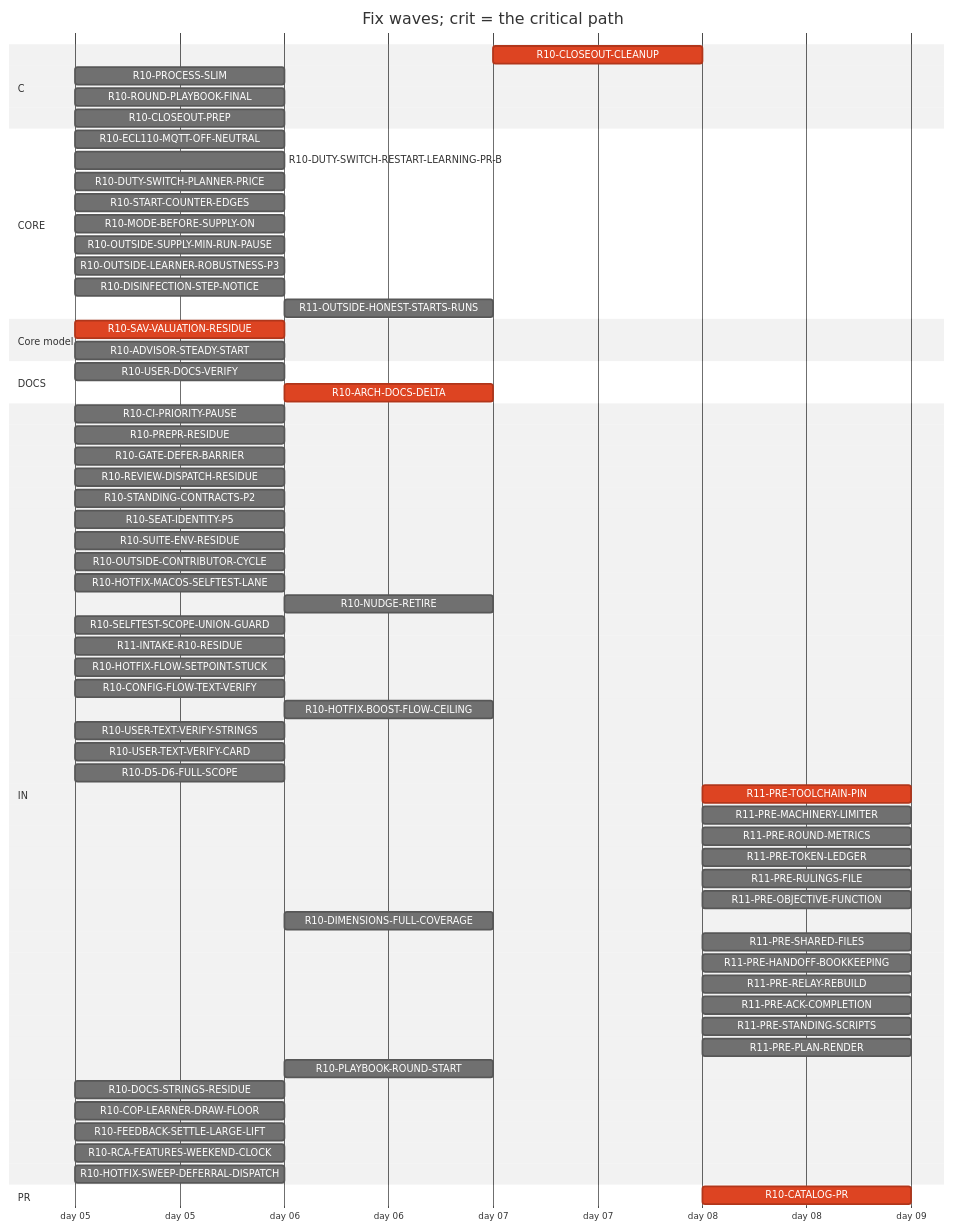
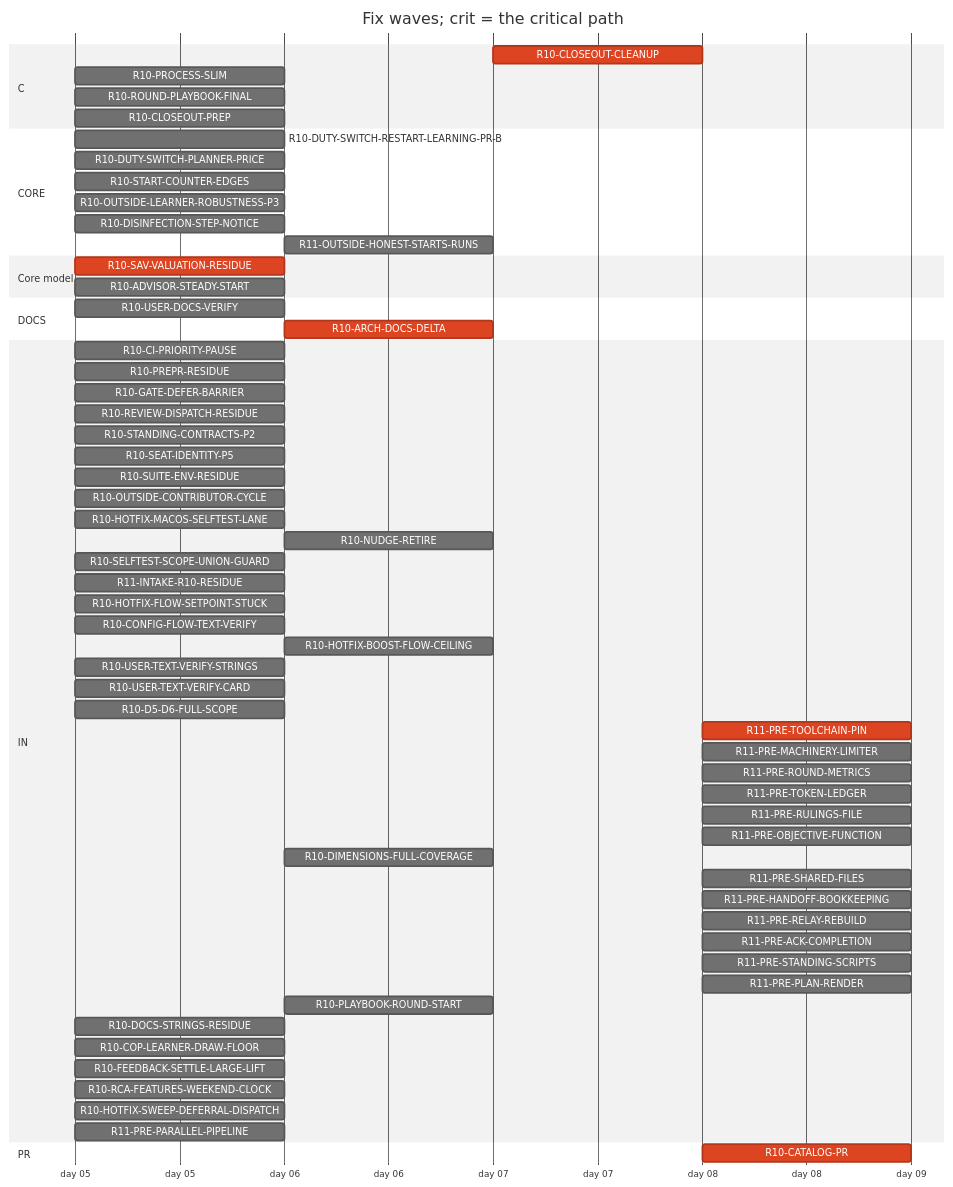
Before and after one commit to tvofi/heatpump_optimizer: the diagram in handoff/round10/state/PLAN-TABLE.md, drawn with Mermaid (neutral theme). The commit also changed other lines of this file and 4 other files, not shown here.

Commit message:
state: FLOW-BOARD.md, NEXT-SESSION-PROMPT.md, PLAN-TABLE.md, PLAN.html, RESUME-CURRENT.md regenerated (state_docs.py)

````diff
--- a/handoff/round10/state/PLAN-TABLE.md
+++ b/handoff/round10/state/PLAN-TABLE.md
@@ -19,67 +19,65 @@
 ```mermaid
 gantt
   title Fix waves; crit = the critical path
   dateFormat YYYY-MM-DD
   axisFormat day %d
   section C
     R10-CLOSEOUT-CLEANUP :crit, r10CLOSEOUTCLEANUP, after r10USERDOCSVERIFY r10CLOSEOUTPREP r10ARCHDOCSDELTA, 1d
     R10-PROCESS-SLIM :r10PROCESSSLIM, 2026-01-05, 1d
     R10-ROUND-PLAYBOOK-FINAL :r10ROUNDPLAYBOOKFINAL, 2026-01-05, 1d
     R10-CLOSEOUT-PREP :r10CLOSEOUTPREP, 2026-01-05, 1d
   section CORE
-    R10-ECL110-MQTT-OFF-NEUTRAL :r10ECL110MQTTOFFNEUTRAL, 2026-01-05, 1d
     R10-DUTY-SWITCH-RESTART-LEARNING-PR-B :r10DUTYSWITCHRESTARTLEARNINGPRB, 2026-01-05, 1d
     R10-DUTY-SWITCH-PLANNER-PRICE :r10DUTYSWITCHPLANNERPRICE, 2026-01-05, 1d
     R10-START-COUNTER-EDGES :r10STARTCOUNTEREDGES, 2026-01-05, 1d
-    R10-MODE-BEFORE-SUPPLY-ON :r10MODEBEFORESUPPLYON, 2026-01-05, 1d
-    R10-OUTSIDE-SUPPLY-MIN-RUN-PAUSE :r10OUTSIDESUPPLYMINRUNPAUSE, 2026-01-05, 1d
     R10-OUTSIDE-LEARNER-ROBUSTNESS-P3 :r10OUTSIDELEARNERROBUSTNESSP3, 2026-01-05, 1d
     R10-DISINFECTION-STEP-NOTICE :r10DISINFECTIONSTEPNOTICE, 2026-01-05, 1d
-    R11-OUTSIDE-HONEST-STARTS-RUNS :r11OUTSIDEHONESTSTARTSRUNS, after r10DUTYSWITCHPLANNERPRICE r10OUTSIDESUPPLYMINRUNPAUSE r10ADVISORSTEADYSTART, 1d
+    R11-OUTSIDE-HONEST-STARTS-RUNS :r11OUTSIDEHONESTSTARTSRUNS, after r10DUTYSWITCHPLANNERPRICE r10ADVISORSTEADYSTART, 1d
   section Core model
     R10-SAV-VALUATION-RESIDUE :crit, r10SAVVALUATIONRESIDUE, 2026-01-05, 1d
     R10-ADVISOR-STEADY-START :r10ADVISORSTEADYSTART, 2026-01-05, 1d
   section DOCS
     R10-USER-DOCS-VERIFY :r10USERDOCSVERIFY, 2026-01-05, 1d
     R10-ARCH-DOCS-DELTA :crit, r10ARCHDOCSDELTA, after r10SAVVALUATIONRESIDUE r10ADVISORSTEADYSTART, 1d
   section IN
     R10-CI-PRIORITY-PAUSE :r10CIPRIORITYPAUSE, 2026-01-05, 1d
     R10-PREPR-RESIDUE :r10PREPRRESIDUE, 2026-01-05, 1d
     R10-GATE-DEFER-BARRIER :r10GATEDEFERBARRIER, 2026-01-05, 1d
     R10-REVIEW-DISPATCH-RESIDUE :r10REVIEWDISPATCHRESIDUE, 2026-01-05, 1d
     R10-STANDING-CONTRACTS-P2 :r10STANDINGCONTRACTSP2, 2026-01-05, 1d
     R10-SEAT-IDENTITY-P5 :r10SEATIDENTITYP5, 2026-01-05, 1d
     R10-SUITE-ENV-RESIDUE :r10SUITEENVRESIDUE, 2026-01-05, 1d
     R10-OUTSIDE-CONTRIBUTOR-CYCLE :r10OUTSIDECONTRIBUTORCYCLE, 2026-01-05, 1d
     R10-HOTFIX-MACOS-SELFTEST-LANE :r10HOTFIXMACOSSELFTESTLANE, 2026-01-05, 1d
     R10-NUDGE-RETIRE :r10NUDGERETIRE, after r10ROUNDPLAYBOOKFINAL, 1d
     R10-SELFTEST-SCOPE-UNION-GUARD :r10SELFTESTSCOPEUNIONGUARD, 2026-01-05, 1d
     R11-INTAKE-R10-RESIDUE :r11INTAKER10RESIDUE, 2026-01-05, 1d
     R10-HOTFIX-FLOW-SETPOINT-STUCK :r10HOTFIXFLOWSETPOINTSTUCK, 2026-01-05, 1d
     R10-CONFIG-FLOW-TEXT-VERIFY :r10CONFIGFLOWTEXTVERIFY, 2026-01-05, 1d
     R10-HOTFIX-BOOST-FLOW-CEILING :r10HOTFIXBOOSTFLOWCEILING, after r10HOTFIXFLOWSETPOINTSTUCK, 1d
     R10-USER-TEXT-VERIFY-STRINGS :r10USERTEXTVERIFYSTRINGS, 2026-01-05, 1d
     R10-USER-TEXT-VERIFY-CARD :r10USERTEXTVERIFYCARD, 2026-01-05, 1d
     R10-D5-D6-FULL-SCOPE :r10D5D6FULLSCOPE, 2026-01-05, 1d
     R11-PRE-TOOLCHAIN-PIN :crit, r11PRETOOLCHAINPIN, after r10CATALOGPR, 1d
     R11-PRE-MACHINERY-LIMITER :r11PREMACHINERYLIMITER, after r10CATALOGPR, 1d
     R11-PRE-ROUND-METRICS :r11PREROUNDMETRICS, after r10CATALOGPR, 1d
     R11-PRE-TOKEN-LEDGER :r11PRETOKENLEDGER, after r10CATALOGPR, 1d
     R11-PRE-RULINGS-FILE :r11PRERULINGSFILE, after r10CATALOGPR, 1d
     R11-PRE-OBJECTIVE-FUNCTION :r11PREOBJECTIVEFUNCTION, after r10CATALOGPR, 1d
     R10-DIMENSIONS-FULL-COVERAGE :r10DIMENSIONSFULLCOVERAGE, after r10D5D6FULLSCOPE, 1d
     R11-PRE-SHARED-FILES :r11PRESHAREDFILES, after r10CATALOGPR, 1d
     R11-PRE-HANDOFF-BOOKKEEPING :r11PREHANDOFFBOOKKEEPING, after r10CATALOGPR, 1d
     R11-PRE-RELAY-REBUILD :r11PRERELAYREBUILD, after r10CATALOGPR, 1d
     R11-PRE-ACK-COMPLETION :r11PREACKCOMPLETION, after r10CATALOGPR, 1d
     R11-PRE-STANDING-SCRIPTS :r11PRESTANDINGSCRIPTS, after r10CATALOGPR, 1d
     R11-PRE-PLAN-RENDER :r11PREPLANRENDER, after r10CATALOGPR, 1d
     R10-PLAYBOOK-ROUND-START :r10PLAYBOOKROUNDSTART, after r10ROUNDPLAYBOOKFINAL, 1d
     R10-DOCS-STRINGS-RESIDUE :r10DOCSSTRINGSRESIDUE, 2026-01-05, 1d
     R10-COP-LEARNER-DRAW-FLOOR :r10COPLEARNERDRAWFLOOR, 2026-01-05, 1d
     R10-FEEDBACK-SETTLE-LARGE-LIFT :r10FEEDBACKSETTLELARGELIFT, 2026-01-05, 1d
     R10-RCA-FEATURES-WEEKEND-CLOCK :r10RCAFEATURESWEEKENDCLOCK, 2026-01-05, 1d
     R10-HOTFIX-SWEEP-DEFERRAL-DISPATCH :r10HOTFIXSWEEPDEFERRALDISPATCH, 2026-01-05, 1d
+    R11-PRE-PARALLEL-PIPELINE :r11PREPARALLELPIPELINE, 2026-01-05, 1d
   section PR
     R10-CATALOG-PR :crit, r10CATALOGPR, after r10USERDOCSVERIFY r10CLOSEOUTCLEANUP r10CLOSEOUTPREP r10ARCHDOCSDELTA, 1d
 ```
````
